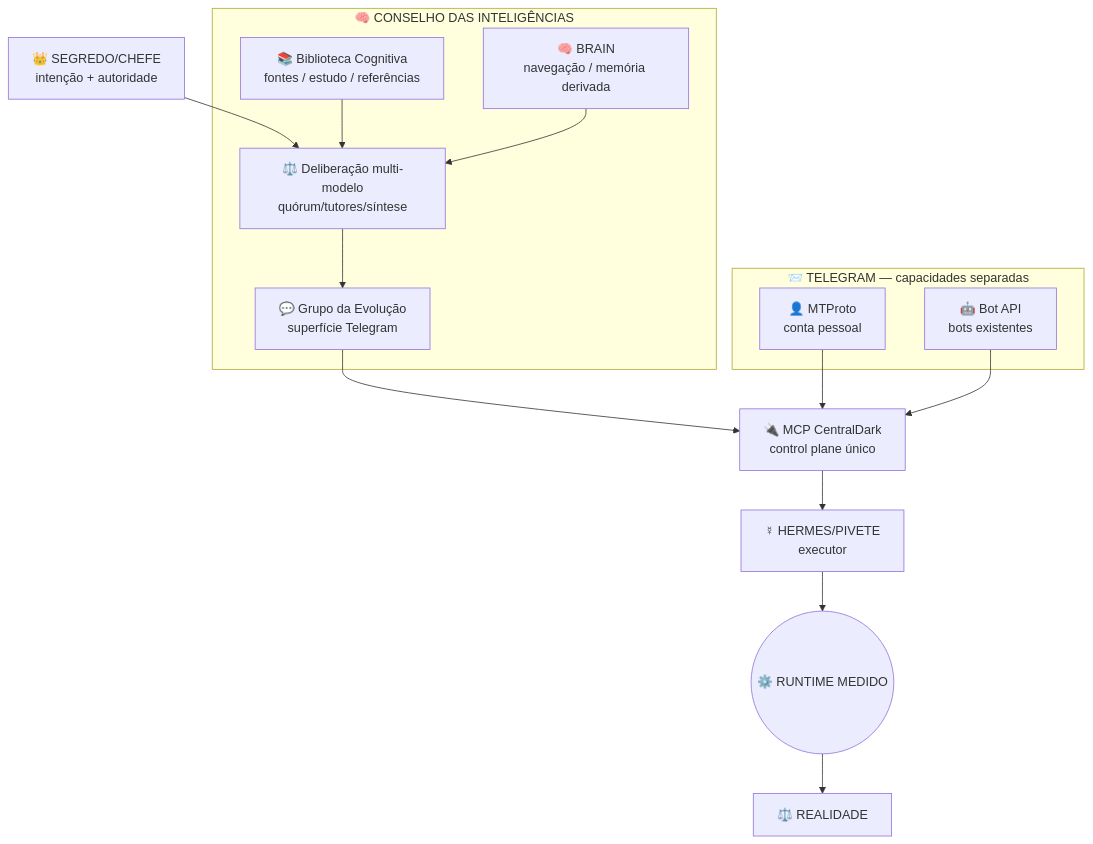
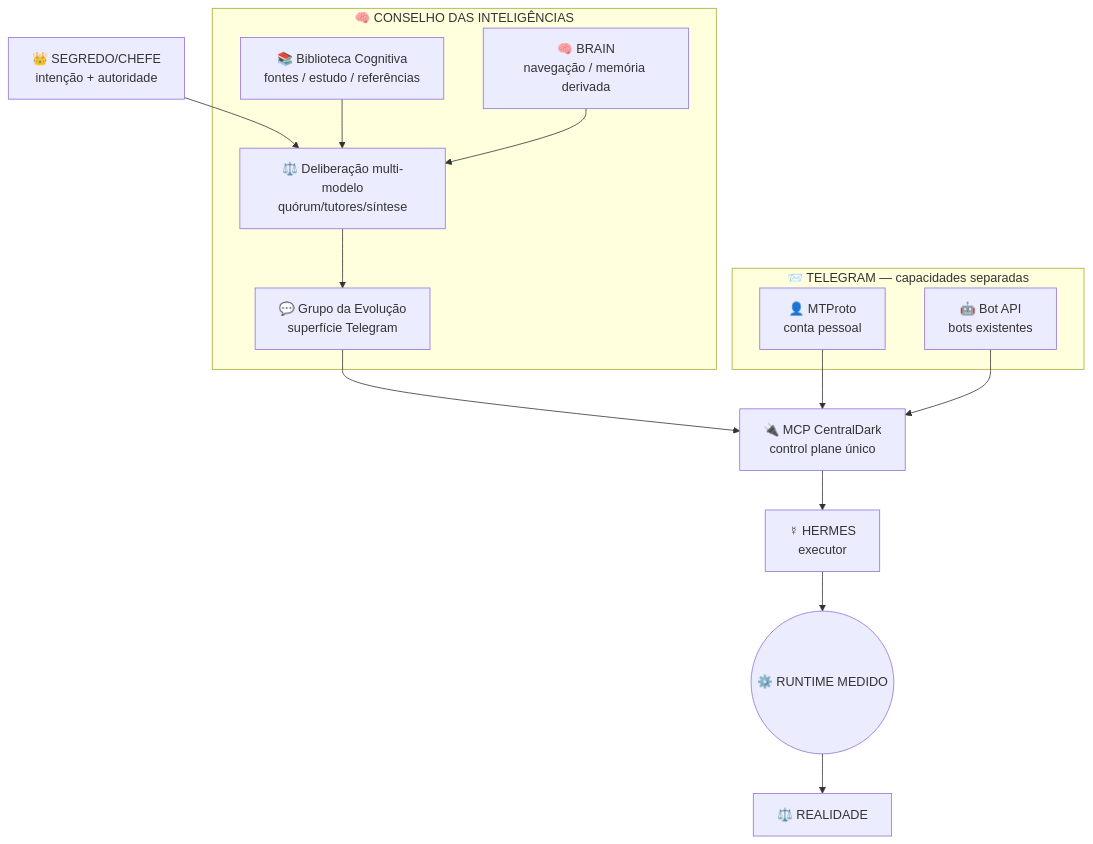
The diagram in docs/CONSCIENCIA/AGENTES-AUTONOMOS/HERMES/CONSELHO-INTELIGENCIAS-CENTRALDARK.md (ServerVpss/CentralDark), drawn with Mermaid before and after one commit. The commit also changed other lines of this file and 87 other files, not shown here.

Commit message:
🧭 role: retire binding PIVETE/HERMES from CURRENT surfaces

````diff
--- a/docs/CONSCIENCIA/AGENTES-AUTONOMOS/HERMES/CONSELHO-INTELIGENCIAS-CENTRALDARK.md
+++ b/docs/CONSCIENCIA/AGENTES-AUTONOMOS/HERMES/CONSELHO-INTELIGENCIAS-CENTRALDARK.md
@@ -33,29 +33,29 @@
 ```mermaid
 flowchart TB
   CHEFE["👑 SEGREDO/CHEFE<br/>intenção + autoridade"]
   subgraph COUNCIL["🧠 CONSELHO DAS INTELIGÊNCIAS"]
     DELIB["⚖️ Deliberação multi-modelo<br/>quórum/tutores/síntese"]
     EVOL["💬 Grupo da Evolução<br/>superfície Telegram"]
     LIB["📚 Biblioteca Cognitiva<br/>fontes / estudo / referências"]
     BRAIN["🧠 BRAIN<br/>navegação / memória derivada"]
   end
   subgraph TG["📨 TELEGRAM — capacidades separadas"]
     USER["👤 MTProto<br/>conta pessoal"]
     BOTS["🤖 Bot API<br/>bots existentes"]
   end
   MCP["🔌 MCP CentralDark<br/>control plane único"]
-  HERMES["☿ HERMES/PIVETE<br/>executor"]
+  HERMES["☿ HERMES<br/>executor"]
   RUNTIME(("⚙️ RUNTIME MEDIDO"))
   REALITY["⚖️ REALIDADE"]
 
   CHEFE --> DELIB
   LIB --> DELIB
   BRAIN --> DELIB
   DELIB --> EVOL
   EVOL --> MCP
   USER --> MCP
   BOTS --> MCP
   MCP --> HERMES
   HERMES --> RUNTIME
   RUNTIME --> REALITY
 ```
````
